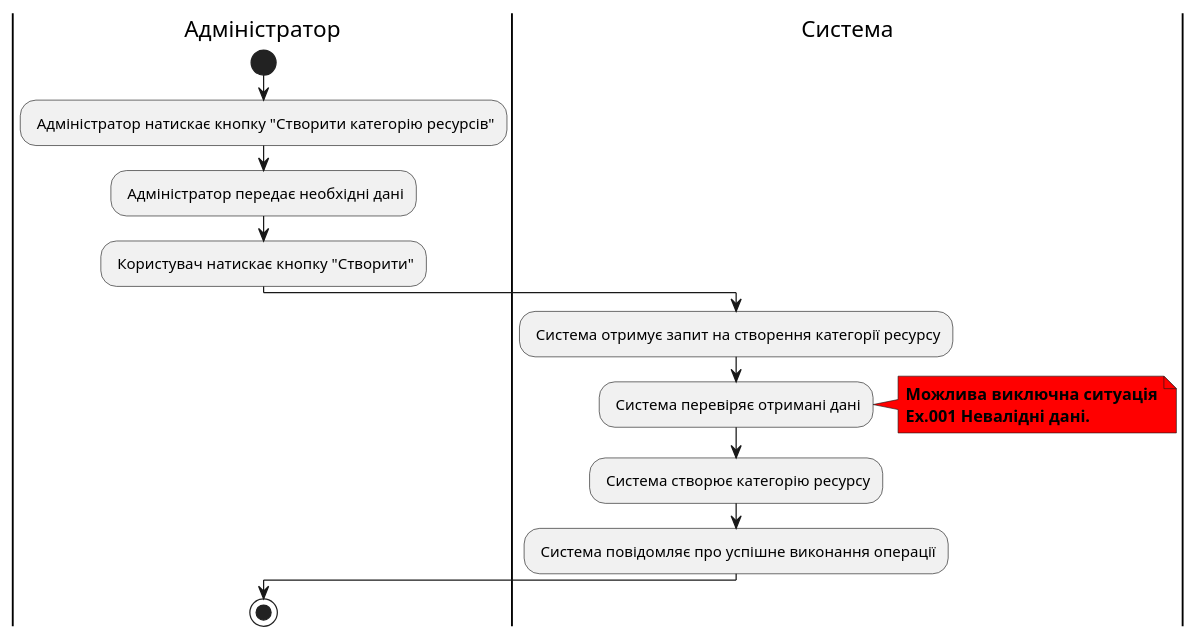
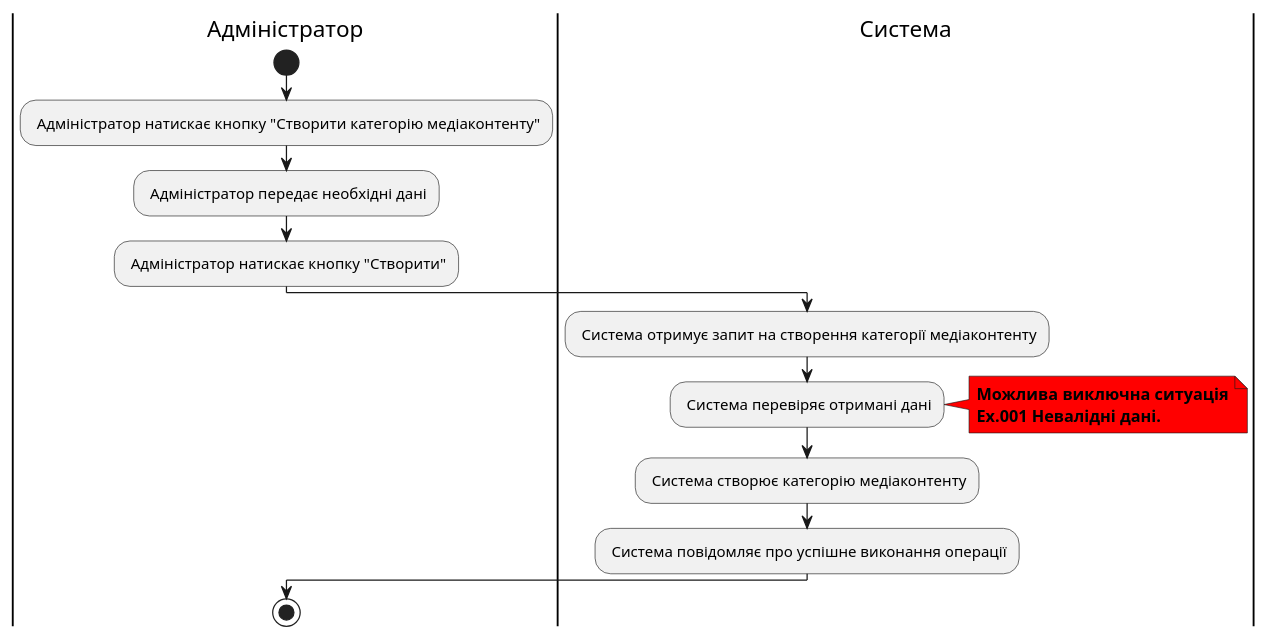
Before and after one commit to ypapish/database-course-work: the second of 11 diagrams in docs/ua/use cases/index.md, drawn with PlantUML. The commit also changed other lines of this file and 4 other files, not shown here.

Commit message:
make diagrams matched to sql

```diff
--- a/docs/ua/use cases/index.md
+++ b/docs/ua/use cases/index.md
@@ -51,19 +51,19 @@
 @startuml
 |Адміністратор|
 start
-: Адміністратор натискає кнопку "Створити категорію ресурсів";
+: Адміністратор натискає кнопку "Створити категорію медіаконтенту";
 : Адміністратор передає необхідні дані;
-: Користувач натискає кнопку "Створити";
+: Адміністратор натискає кнопку "Створити";
 
 |Система|
-: Система отримує запит на створення категорії ресурсу;
+: Система отримує запит на створення категорії медіаконтенту;
 : Система перевіряє отримані дані;
 note right #red
 <b>Можлива виключна ситуація</b>
 <b>Ex.001 Невалідні дані.</b>
 end note
-: Система створює категорію ресурсу;
+: Система створює категорію медіаконтенту;
 : Система повідомляє про успішне виконання операції;
 |Адміністратор|
 stop
 @enduml
```
